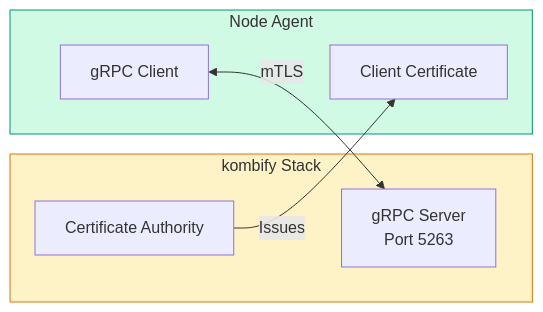
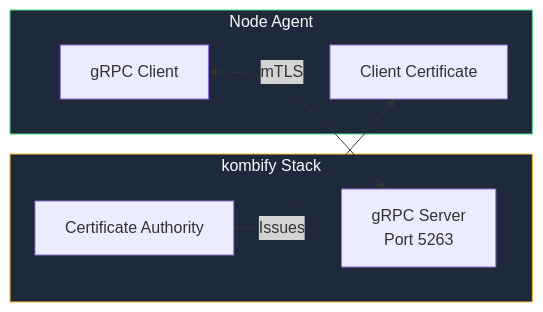
Before and after one commit to KombiverseLabs/docs: the eighth of 9 diagrams in concepts/architecture.mdx, drawn with Mermaid. The commit also changed other lines of this file and 33 other files, not shown here.

````diff
--- a/concepts/architecture.mdx
+++ b/concepts/architecture.mdx
@@ -316,18 +314,18 @@
 ```mermaid
 graph LR
     subgraph Stack["kombify Stack"]
         gRPC["gRPC Server<br/>Port 5263"]
         CA["Certificate Authority"]
     end
 
     subgraph Agent["Node Agent"]
         Client["gRPC Client"]
         Cert["Client Certificate"]
     end
 
     CA -->|Issues| Cert
     Client <-->|mTLS| gRPC
 
-    style Stack fill:#fef3c7,stroke:#d97706
-    style Agent fill:#d1fae5,stroke:#059669
+    style Stack fill:#1e293b,stroke:#fbbf24,color:#f8fafc
+    style Agent fill:#1e293b,stroke:#4ade80,color:#f8fafc
 ```
````
